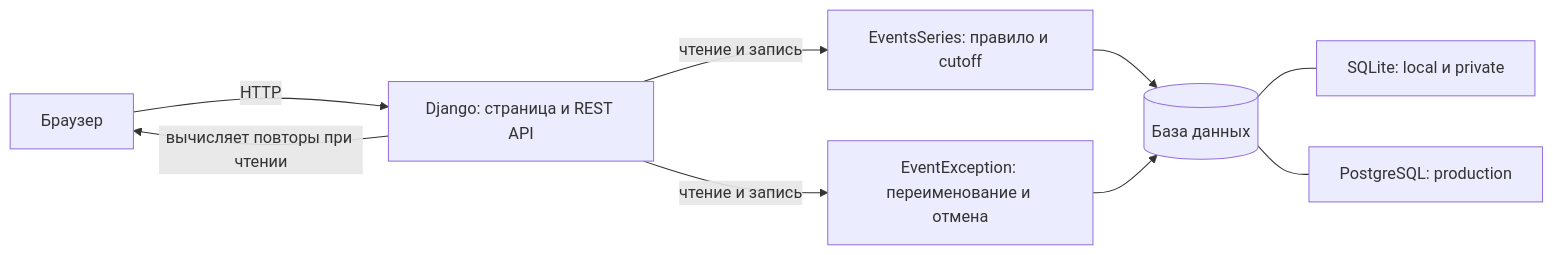
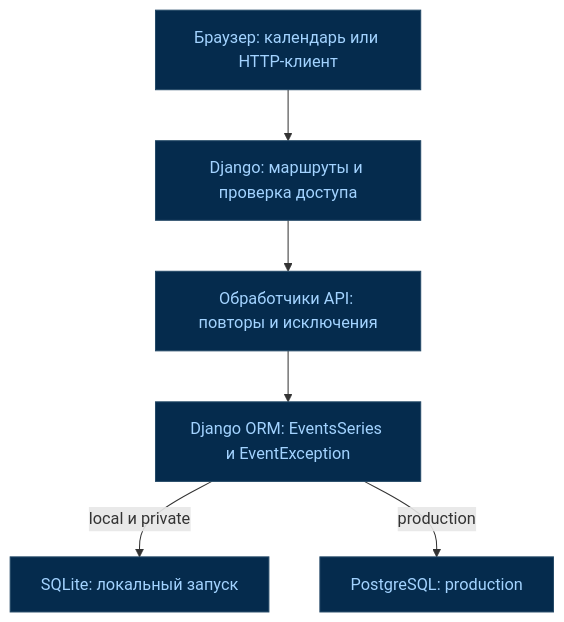
Before and after one commit to BorDch/recurring-calendar-api: the diagram in README.md, drawn with Mermaid.

Commit message:
docs: match architecture diagram to supplied scheme

````diff
--- a/README.md
+++ b/README.md
@@ -6,11 +6,16 @@
 ```mermaid
-flowchart LR
-    Browser[Браузер] -->|HTTP| Django[Django: страница и REST API]
-    Django -->|чтение и запись| Series[EventsSeries: правило и cutoff]
-    Django -->|чтение и запись| Exception[EventException: переименование и отмена]
-    Series --> DB[(База данных)]
-    Exception --> DB
-    Django -->|вычисляет повторы при чтении| Browser
-    DB --- SQLite[SQLite: local и private]
-    DB --- PostgreSQL[PostgreSQL: production]
+flowchart TB
+    Browser["Браузер: календарь или HTTP-клиент"]
+    Routes["Django: маршруты и проверка доступа"]
+    API["Обработчики API: повторы и исключения"]
+    ORM["Django ORM: EventsSeries и EventException"]
+    SQLite["SQLite: локальный запуск"]
+    PostgreSQL["PostgreSQL: production"]
+
+    Browser --> Routes --> API --> ORM
+    ORM -->|local и private| SQLite
+    ORM -->|production| PostgreSQL
+
+    classDef box fill:#052b4d,stroke:#244967,color:#a3d3ff
+    class Browser,Routes,API,ORM,SQLite,PostgreSQL box
 ```
````
